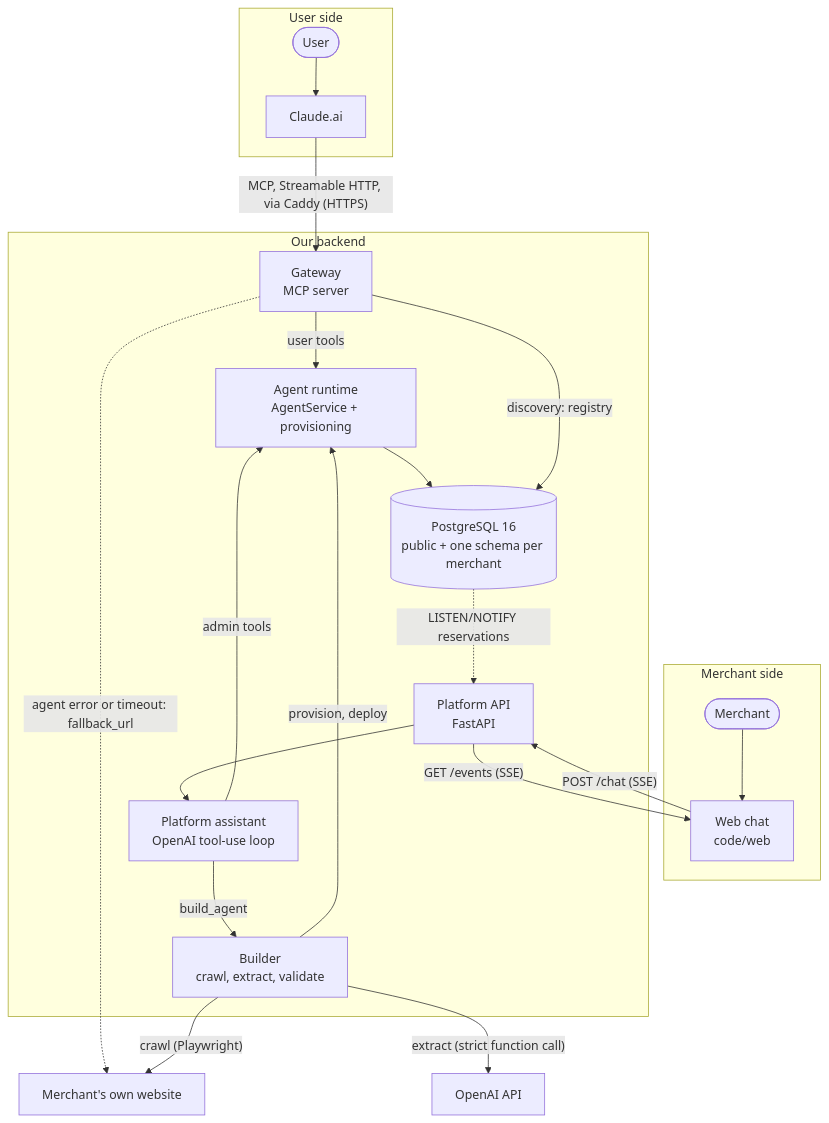
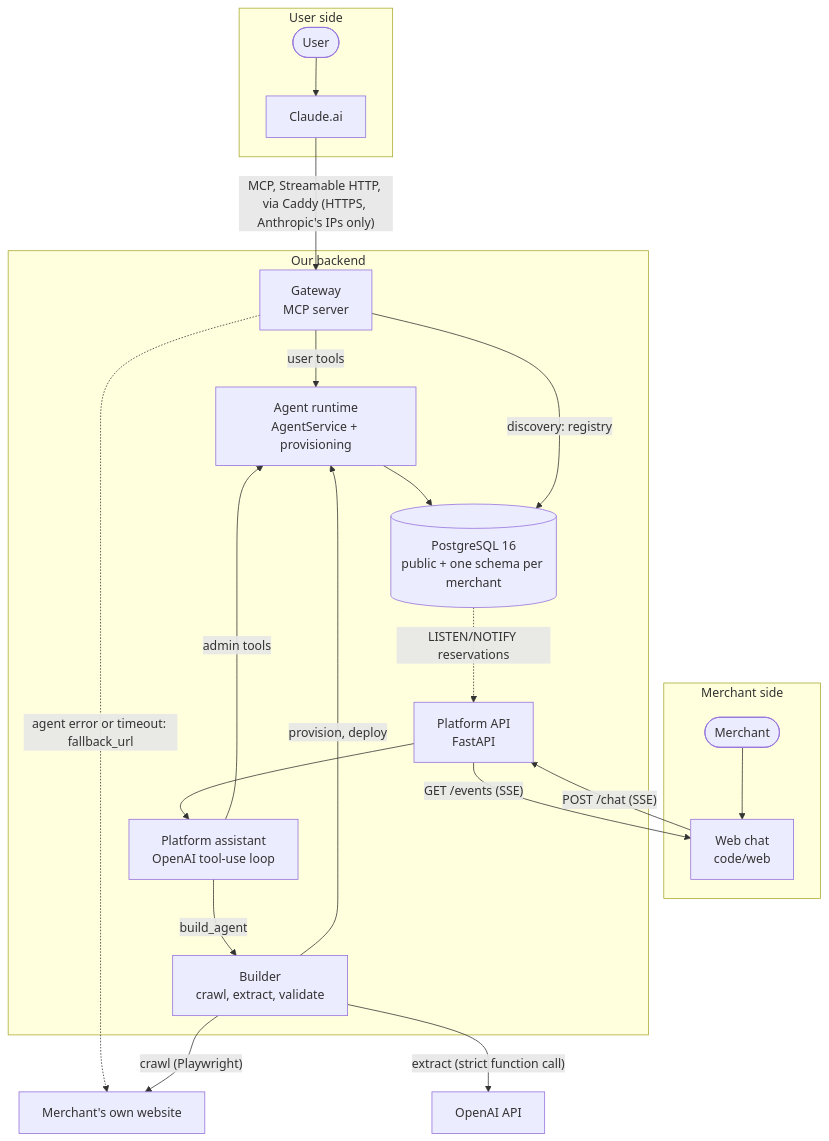
The first of 2 diagrams in documentation/ARCHITECTURE.md (MaxEntz/BaselHack2026), drawn with Mermaid before and after one commit. The commit also changed other lines of this file and 6 other files, not shown here.

First line of the commit message:
feat(deploy): allow only Anthropic's outbound range on the public gateway

````diff
--- a/documentation/ARCHITECTURE.md
+++ b/documentation/ARCHITECTURE.md
@@ -12,36 +12,36 @@
 ```mermaid
 flowchart TB
   subgraph USER["User side"]
     U(["User"]) --> C["Claude.ai"]
   end
 
   subgraph MERCHANT["Merchant side"]
     M(["Merchant"]) --> WEB["Web chat<br/>code/web"]
   end
 
   subgraph BACKEND["Our backend"]
     GW["Gateway<br/>MCP server"]
     AG["Agent runtime<br/>AgentService + provisioning"]
     DB[("PostgreSQL 16<br/>public + one schema per merchant")]
     PL["Platform API<br/>FastAPI"]
     ASSIST["Platform assistant<br/>OpenAI tool-use loop"]
     BU["Builder<br/>crawl, extract, validate"]
   end
 
-  C -->|"MCP, Streamable HTTP, via Caddy (HTTPS)"| GW
+  C -->|"MCP, Streamable HTTP, via Caddy (HTTPS, Anthropic's IPs only)"| GW
   GW -->|"user tools"| AG
   AG --> DB
   GW -->|"discovery: registry"| DB
   GW -.->|"agent error or timeout: fallback_url"| SITE["Merchant's own website"]
 
   WEB -->|"POST /chat (SSE)"| PL
   PL --> ASSIST
   ASSIST -->|"admin tools"| AG
   ASSIST -->|"build_agent"| BU
   BU -->|"crawl (Playwright)"| SITE
   BU -->|"extract (strict function call)"| OAI["OpenAI API"]
   BU -->|"provision, deploy"| AG
 
   DB -.->|"LISTEN/NOTIFY reservations"| PL
   PL -->|"GET /events (SSE)"| WEB
 ```
````
